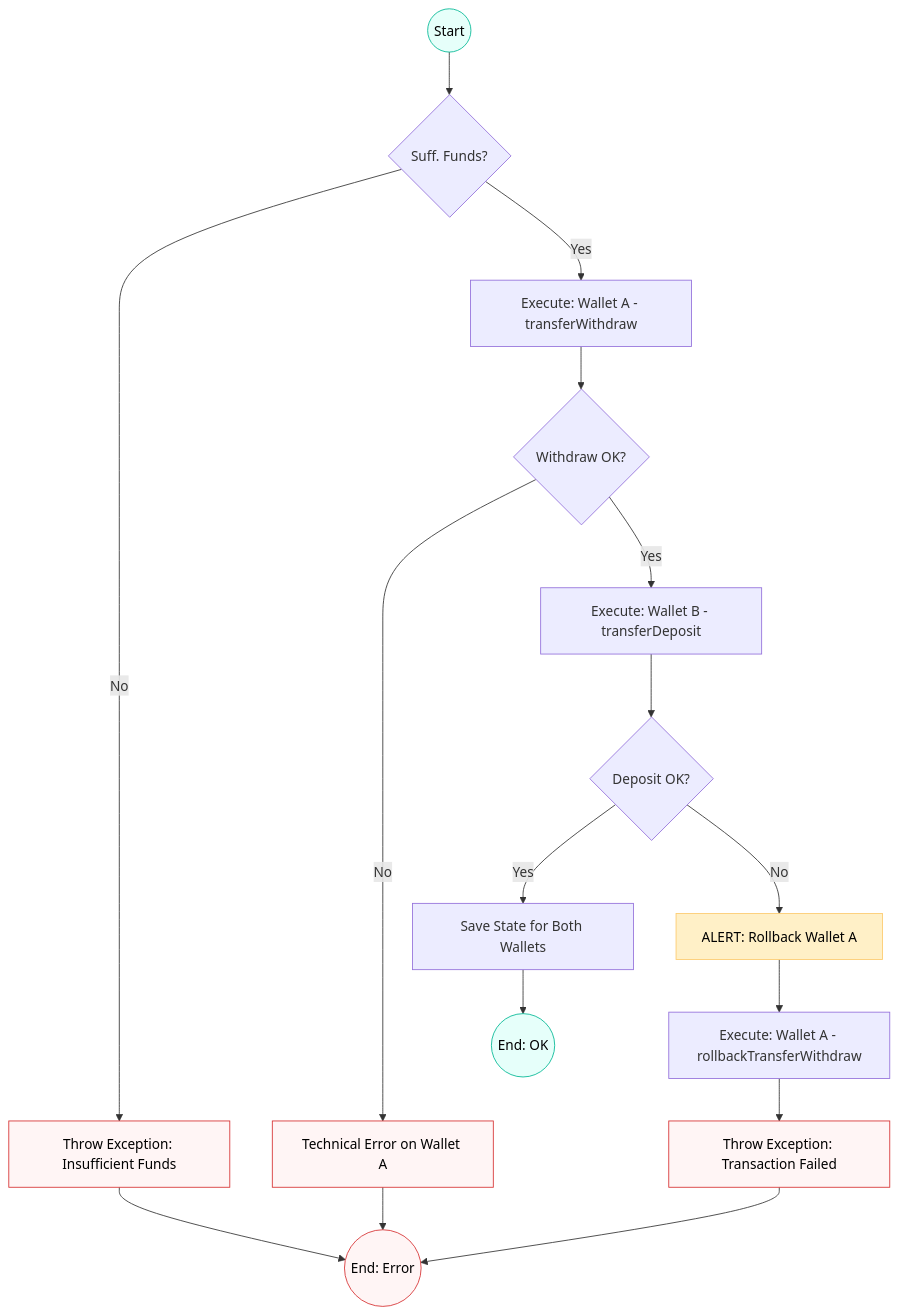
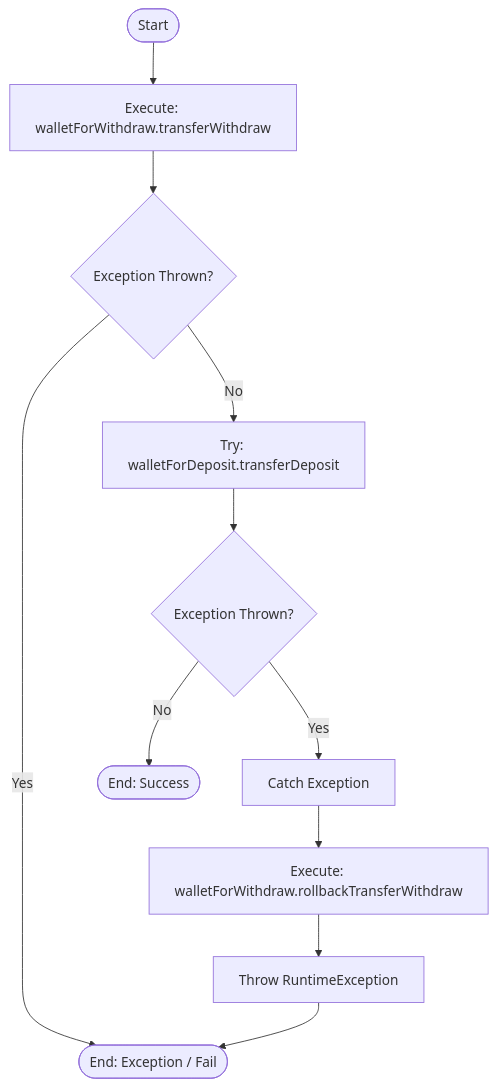
The fifth of 5 diagrams in README.md (simopugliese/java-clean-finance), drawn with Mermaid before and after one commit. The commit also changed other lines of this file and 1 other file, not shown here.

Commit message:
There was an inconsistency with the flowchart of MakeTransferCommand

````diff
--- a/README.md
+++ b/README.md
@@ -703,33 +703,22 @@
 ```mermaid
 flowchart TD
-    Start((Start)) --> Validation{Suff. Funds?}
-    EndSuccess((End: OK))
-    EndFail((End: Error))
-    
-    classDef green fill:#e6fffa,stroke:#00b894,color:#000
-    classDef red fill:#fff5f5,stroke:#d63031,color:#000
-    classDef orange fill:#fff0c7,stroke:#fdcb6e,color:#000
+    Start([Start]) --> Withdraw[Execute: walletForWithdraw.transferWithdraw]
 
-    Validation -- No --> Error1[Throw Exception: Insufficient Funds]
-    Error1 --> EndFail
+    Withdraw --> CheckWithdraw{Exception Thrown?}
 
-    Validation -- Yes --> Step1[Execute: Wallet A - transferWithdraw]
-    Step1 --> Check1{Withdraw OK?}
-    
-    Check1 -- No --> Error2[Technical Error on Wallet A]
-    Error2 --> EndFail
-    
-    Check1 -- Yes --> Step2[Execute: Wallet B - transferDeposit]
-    Step2 --> Check2{Deposit OK?}
-    
-    Check2 -- Yes --> Commit[Save State for Both Wallets]
-    Commit --> EndSuccess
-    
-    Check2 -- No --> Rollback[ALERT: Rollback Wallet A]:::orange
-    Rollback --> StepRollback[Execute: Wallet A - rollbackTransferWithdraw]
-    StepRollback --> Error3[Throw Exception: Transaction Failed]
-    Error3 --> EndFail
+    CheckWithdraw -- Yes --> EndFail([End: Exception / Fail])
 
-    class Start,EndSuccess green
-    class EndFail,Error1,Error2,Error3 red
+    CheckWithdraw -- No --> TryDeposit[Try: walletForDeposit.transferDeposit]
+
+    TryDeposit --> CheckDeposit{Exception Thrown?}
+
+    CheckDeposit -- No --> EndSuccess([End: Success])
+
+    CheckDeposit -- Yes --> CatchBlock[Catch Exception]
+
+    CatchBlock --> Rollback[Execute: walletForWithdraw.rollbackTransferWithdraw]
+
+    Rollback --> ThrowRuntime[Throw RuntimeException]
+
+    ThrowRuntime --> EndFail
 ```
````
